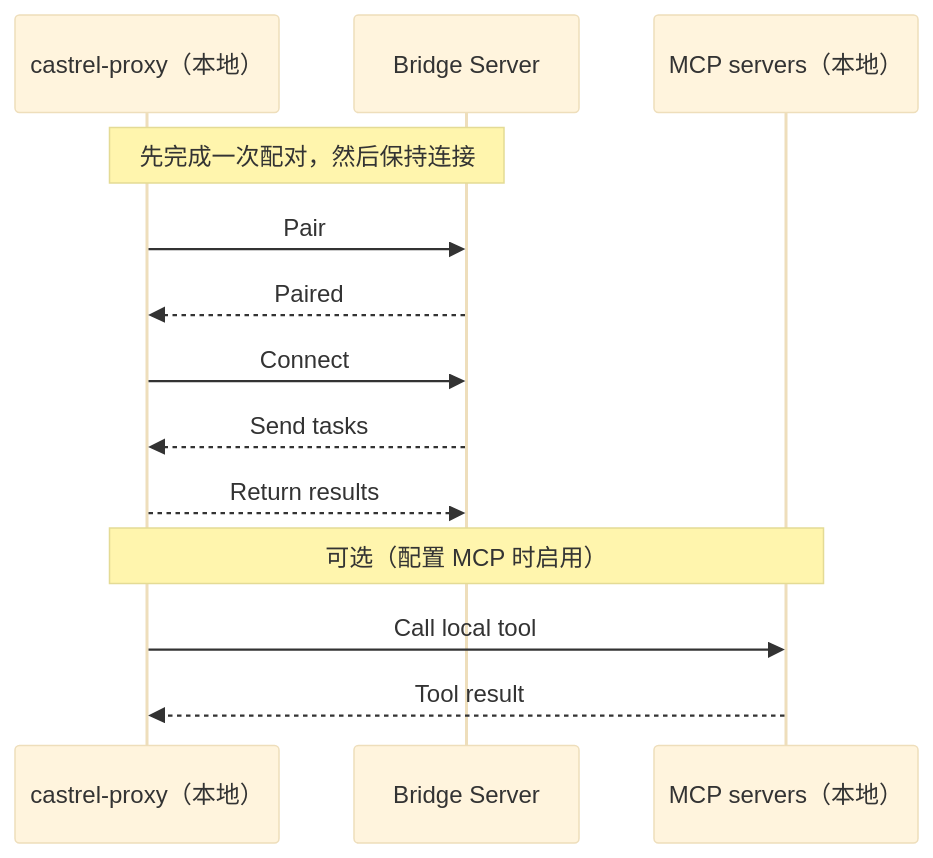
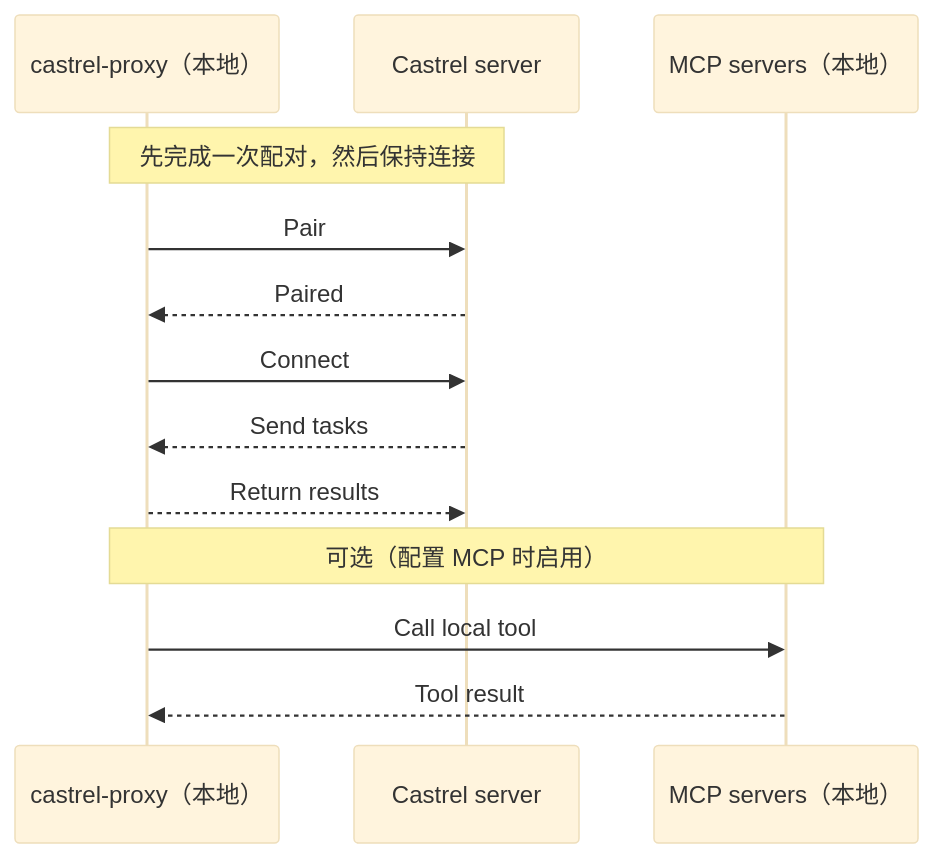
The diagram in content/zh/docs/2.features/7.castrel-proxy.md (castrel-ai/castrel-landing), drawn with Mermaid (base theme) before and after one commit. The commit also changed other lines of this file and 27 other files, not shown here.

````diff
--- a/content/zh/docs/2.features/7.castrel-proxy.md
+++ b/content/zh/docs/2.features/7.castrel-proxy.md
@@ -24,17 +24,17 @@
 ```mermaid
 sequenceDiagram
   participant P as castrel-proxy（本地）
-  participant S as Bridge Server
+  participant S as Castrel server
   participant M as MCP servers（本地）
 
   Note over P,S: 先完成一次配对，然后保持连接
   P->>S: Pair
   S-->>P: Paired
   P->>S: Connect
   S-->>P: Send tasks
   P-->>S: Return results
 
   Note over P,M: 可选（配置 MCP 时启用）
   P->>M: Call local tool
   M-->>P: Tool result
 ```
````
